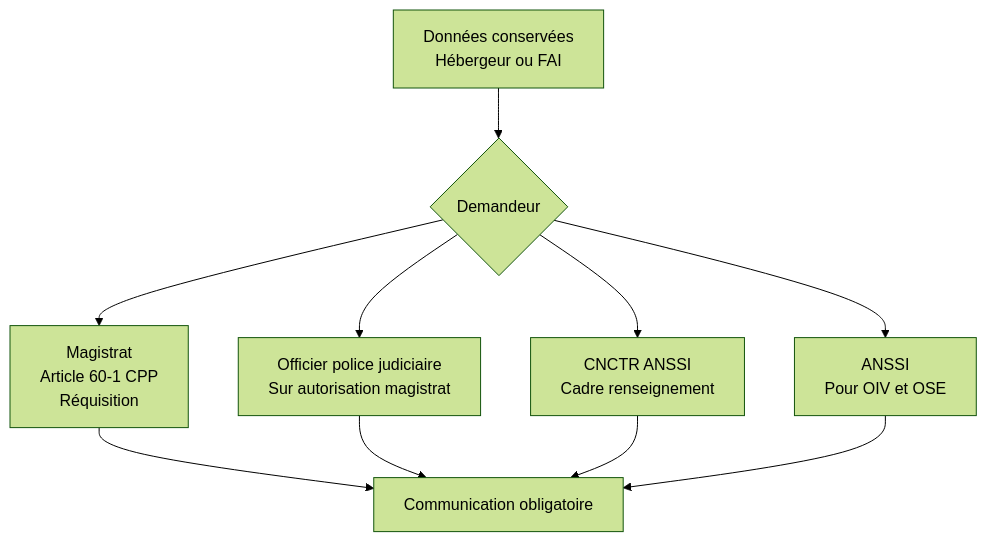
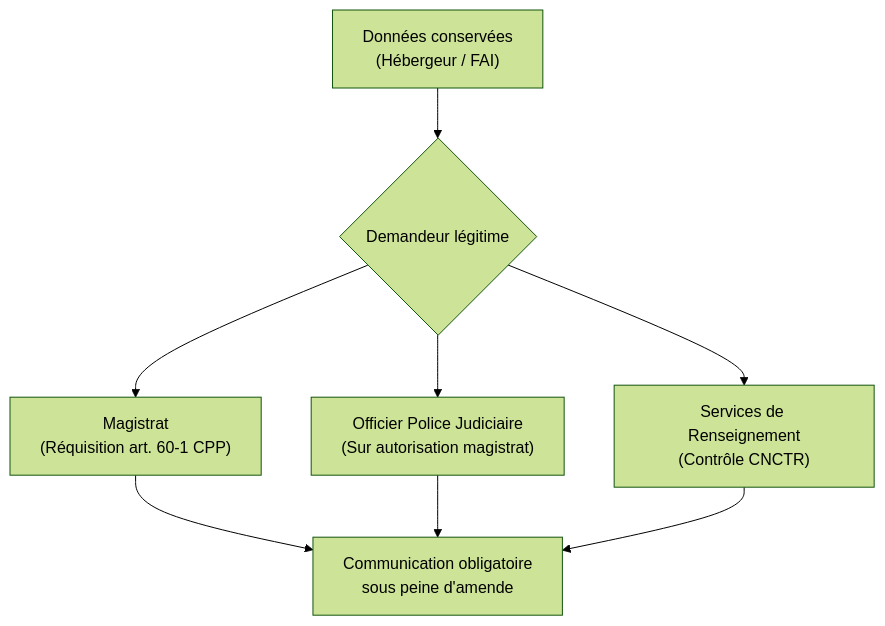
Before and after one commit to zyrass/omnydocs: the sixth of 7 diagrams in docs/cursus-forensic/01-cycle-0-fondations/module-1-legislation/05-lcen-2004.md, drawn with Mermaid (forest theme). The commit also changed other lines of this file and 171 other files, not shown here.

````diff
--- a/docs/cursus-forensic/01-cycle-0-fondations/module-1-legislation/05-lcen-2004.md
+++ b/docs/cursus-forensic/01-cycle-0-fondations/module-1-legislation/05-lcen-2004.md
@@ -247,12 +264,10 @@
 ```mermaid
 flowchart TB
-    A[Données conservées<br>Hébergeur ou FAI] --> B{Demandeur}
-    B --> C[Magistrat<br>Article 60-1 CPP<br>Réquisition]
-    B --> D[Officier police judiciaire<br>Sur autorisation magistrat]
-    B --> E[CNCTR ANSSI<br>Cadre renseignement]
-    B --> F[ANSSI<br>Pour OIV et OSE]
-    C --> G[Communication obligatoire]
+    A["Données conservées<br>(Hébergeur / FAI)"] --> B{"Demandeur légitime"}
+    B --> C["Magistrat<br>(Réquisition art. 60-1 CPP)"]
+    B --> D["Officier Police Judiciaire<br>(Sur autorisation magistrat)"]
+    B --> E["Services de Renseignement<br>(Contrôle CNCTR)"]
+    C --> G["Communication obligatoire<br>sous peine d'amende"]
     D --> G
     E --> G
-    F --> G
 ```
````
